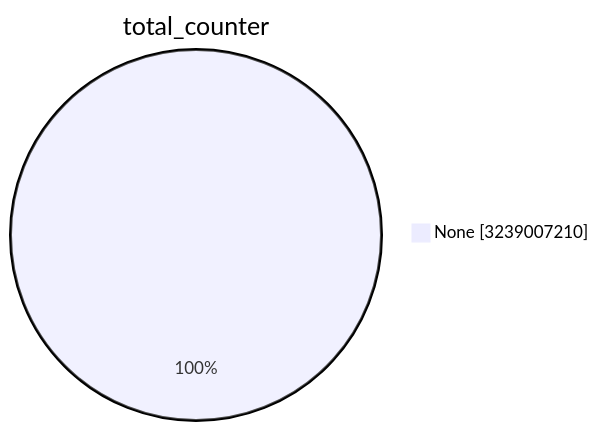
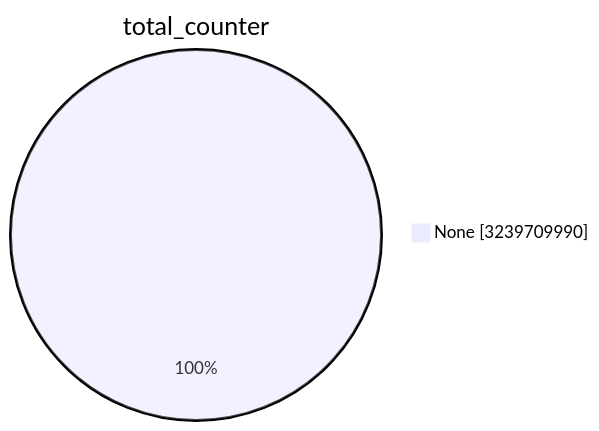
Before and after one commit to christiankrug/ctmonitor_visualization: the first of 15 diagrams in TOTAL/README.md, drawn with Mermaid. The commit also changed other lines of this file, not shown here.

````diff
--- a/TOTAL/README.md
+++ b/TOTAL/README.md
@@ -1,5 +1,5 @@
 ```mermaid
 pie showData
 title total_counter
-"None" :3239007210
+"None" :3239709990
 ```
````
